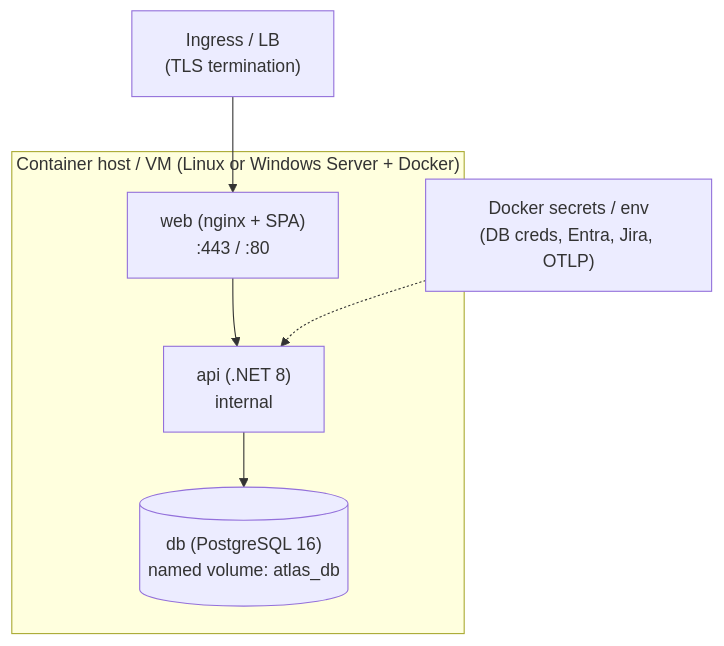
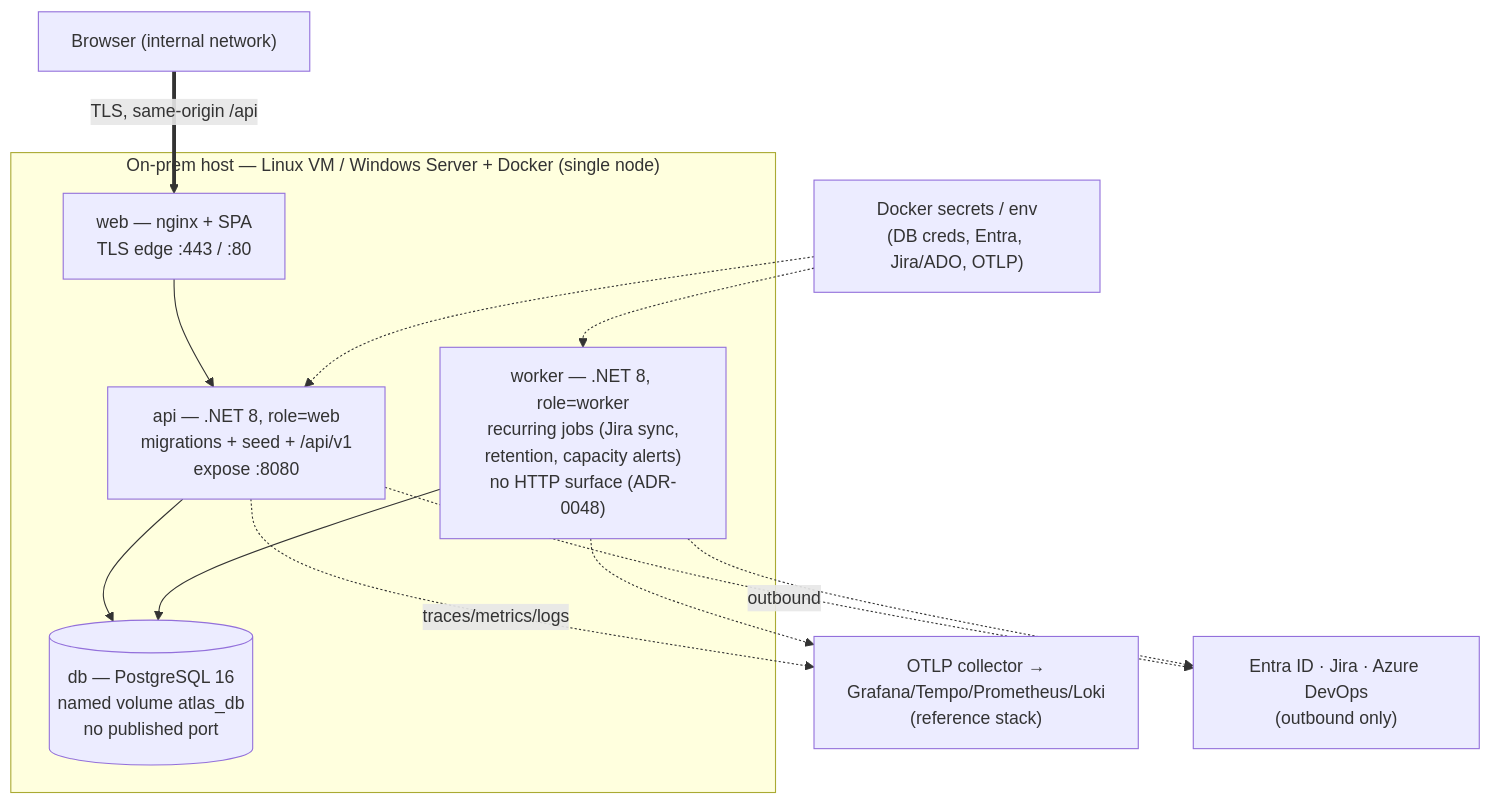
The seventh of 8 diagrams in docs/architecture/hld.md (nicpozent/ATLASPPM_AdditionalFeatures), drawn with Mermaid before and after one commit. The commit also changed other lines of this file and 6 other files, not shown here.

First line of the commit message:
docs: on-prem Docker deployment ADR-0054 + arch diagram/ABB-SBB refresh + user-stories

````diff
--- a/docs/architecture/hld.md
+++ b/docs/architecture/hld.md
@@ -217,11 +222,20 @@
 ```mermaid
 flowchart TB
-  subgraph Host["Container host / VM (Linux or Windows Server + Docker)"]
-    web["web (nginx + SPA)\n:443 / :80"]
-    api["api (.NET 8)\ninternal"]
-    db[("db (PostgreSQL 16)\nnamed volume: atlas_db")]
+  browser["Browser (internal network)"]
+  subgraph Host["On-prem host — Linux VM / Windows Server + Docker (single node)"]
+    web["web — nginx + SPA\nTLS edge :443 / :80"]
+    api["api — .NET 8, role=web\nmigrations + seed + /api/v1\nexpose :8080"]
+    worker["worker — .NET 8, role=worker\nrecurring jobs (Jira sync,\nretention, capacity alerts)\nno HTTP surface (ADR-0048)"]
+    db[("db — PostgreSQL 16\nnamed volume atlas_db\nno published port")]
   end
-  ingress["Ingress / LB\n(TLS termination)"] --> web
-  web --> api --> db
-  secrets["Docker secrets / env\n(DB creds, Entra, Jira, OTLP)"] -.-> api
+  browser ==>|"TLS, same-origin /api"| web --> api --> db
+  worker --> db
+  secrets["Docker secrets / env\n(DB creds, Entra, Jira/ADO, OTLP)"] -.-> api
+  secrets -.-> worker
+  otlp["OTLP collector →\nGrafana/Tempo/Prometheus/Loki\n(reference stack)"]
+  api -.->|"traces/metrics/logs"| otlp
+  worker -.-> otlp
+  ext["Entra ID · Jira · Azure DevOps\n(outbound only)"]
+  api -.->|"outbound"| ext
+  worker -.-> ext
 ```
````
